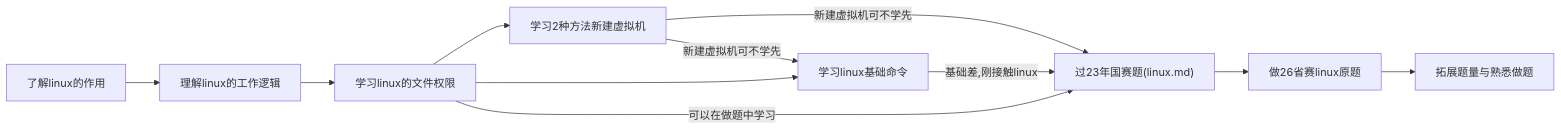
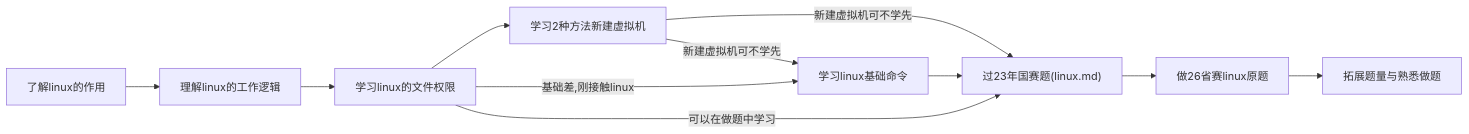
One commit to ICrazybabyI/note changed the diagram in linux_note/README_linux.md. Above: the diagram before and after it, drawn with Mermaid.

Commit message:
vault backup: 2026-04-26 22:00:29

````diff
--- a/linux_note/README_linux.md
+++ b/linux_note/README_linux.md
@@ -2,13 +2,13 @@
 ```mermaid
 graph LR;
   A["了解linux的作用"] --> B["理解linux的工作逻辑"];
   B --> C["学习linux的文件权限"];
   C --> D["学习2种方法新建虚拟机"];
-  C --> E["学习linux基础命令"];
-  E -->|基础差,刚接触linux| F["过23年国赛题(linux.md)"];
+  C -->|基础差,刚接触linux| E["学习linux基础命令"];
+  E --> F["过23年国赛题(linux.md)"];
   C -->|可以在做题中学习| F;
   D -->|新建虚拟机可不学先| F;
   D -->|新建虚拟机可不学先| E;
   F --> G["做26省赛linux原题"];
   G --> H["拓展题量与熟悉做题"];
 ```
````
